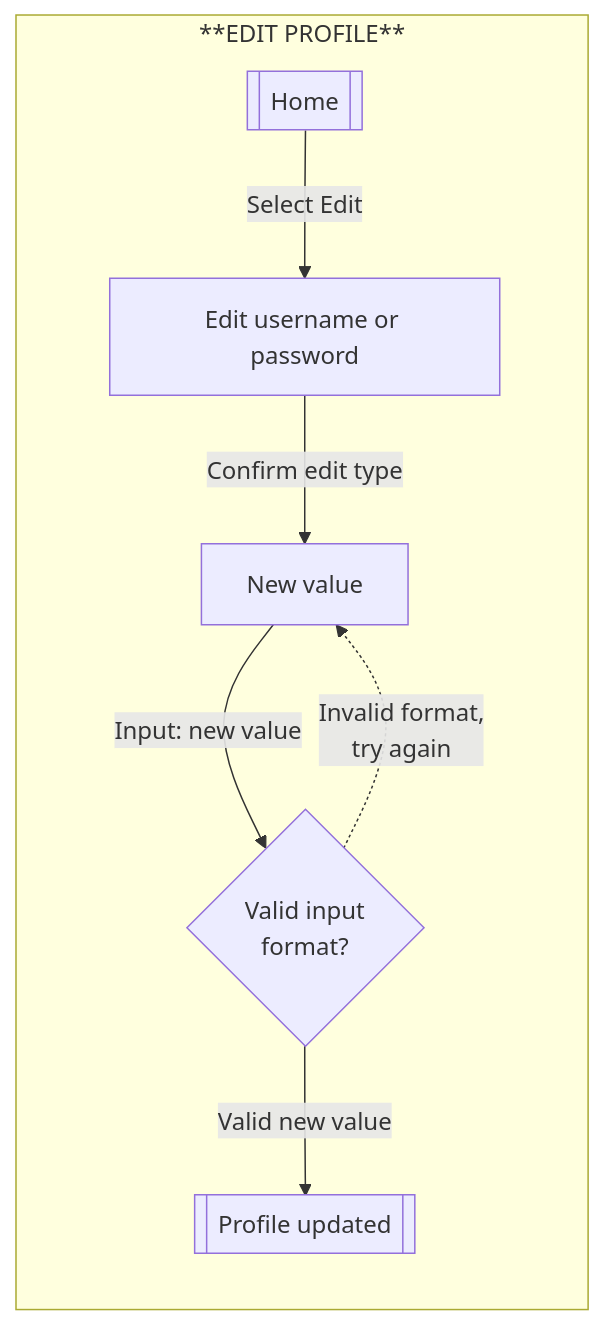
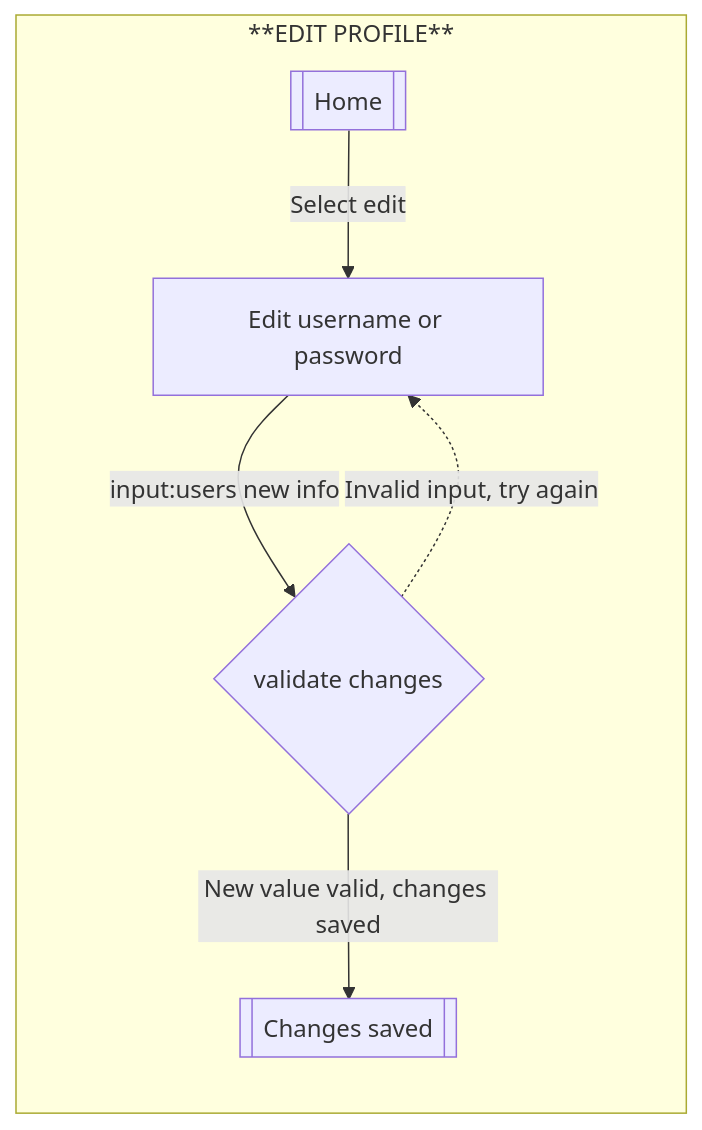
One commit to Karan4248/Exercise-Tracker changed the third of 8 diagrams in README.md. Above: the diagram before and after it, drawn with Mermaid. The commit also changed other lines of this file, not shown here.

````diff
--- a/README.md
+++ b/README.md
@@ -43,20 +54,14 @@
 ```mermaid
 flowchart
   subgraph **EDIT PROFILE**
     direction TB
     start[[Home]]
-    action["Edit username or password"]
-    
-    input["New value"]
-    
-    check{Valid input<br/>format?}
-    
-    success[[Profile updated]]
-    
-    start -- "Select Edit" --> action
-    action -- "Confirm edit type" --> input
-    input -- "Input: new value" --> check
-    check -. "Invalid format,<br/>try again" .-> input
-    check -- "Valid new value" --> success
+    edit["Edit username or password"]
+    success[[Changes saved]]
+    valid{validate changes}
+    start -- Select edit --> edit
+    edit -- input:users new info --> valid
+    valid -- New value valid, changes saved --> success
+    valid -. Invalid input, try again .-> edit
   end
 ```
````
